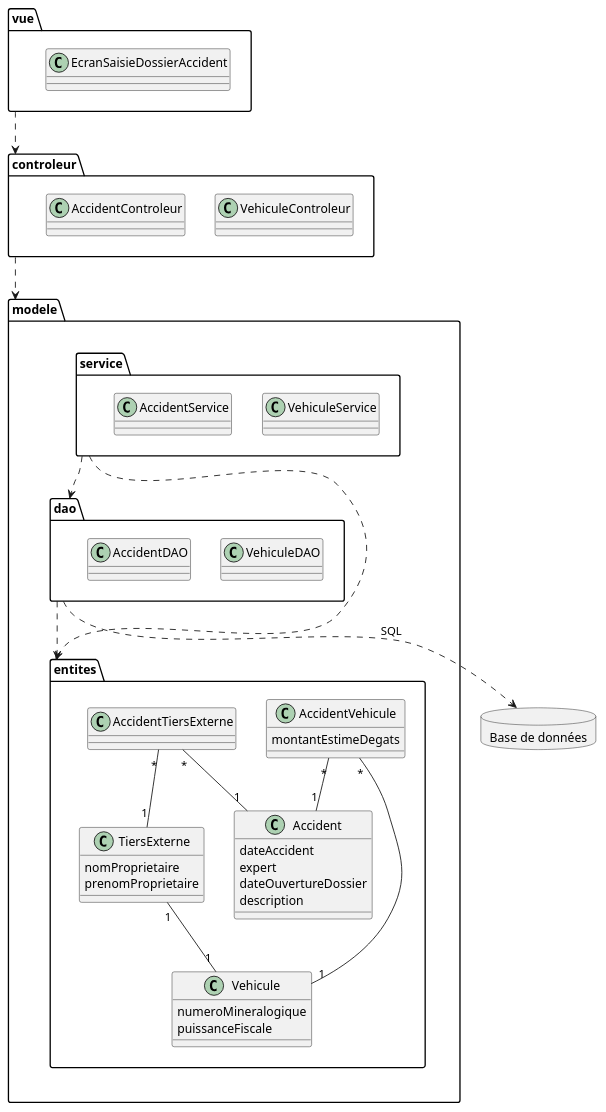
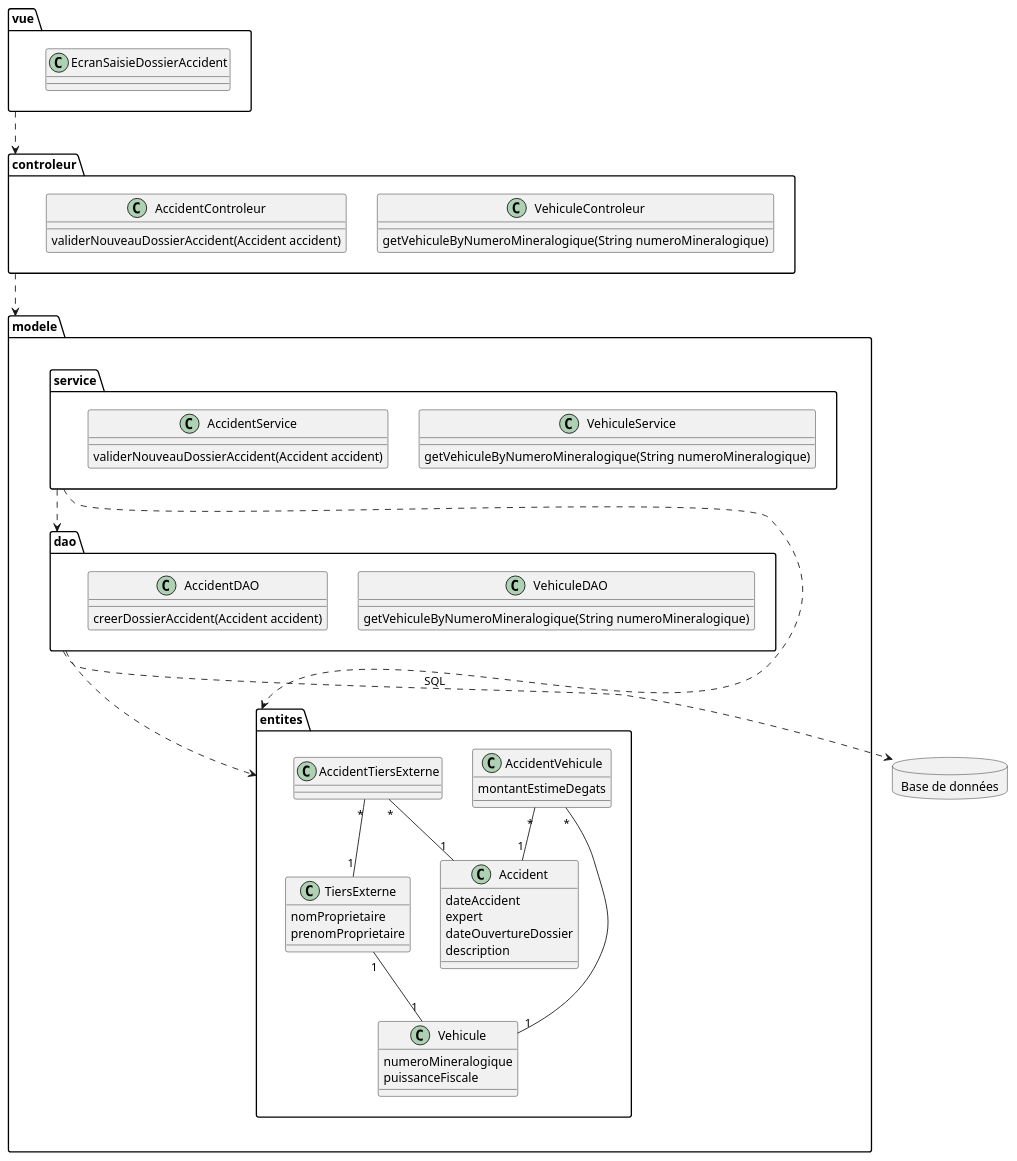
The seventh of 7 diagrams in src/main/resources/td7.adoc (tgoubin/coo-2021-corrections), drawn with PlantUML before and after one commit. The commit also changed 3 other files, not shown here.

```diff
--- a/src/main/resources/td7.adoc
+++ b/src/main/resources/td7.adoc
@@ -535,9 +535,11 @@
 
 package controleur {
     class VehiculeControleur {
+		getVehiculeByNumeroMineralogique(String numeroMineralogique)
 	}
 	
     class AccidentControleur {
+		validerNouveauDossierAccident(Accident accident)
     }
 }
 
@@ -545,17 +547,21 @@
 
     package service {
         class VehiculeService {
+			getVehiculeByNumeroMineralogique(String numeroMineralogique)
 		}
 		
 		class AccidentService {
+			validerNouveauDossierAccident(Accident accident)
 		}
     }
     
     package dao {
         class VehiculeDAO {
+			getVehiculeByNumeroMineralogique(String numeroMineralogique)
         }
         
         class AccidentDAO {
+			creerDossierAccident(Accident accident)
         }
     }
 
```
